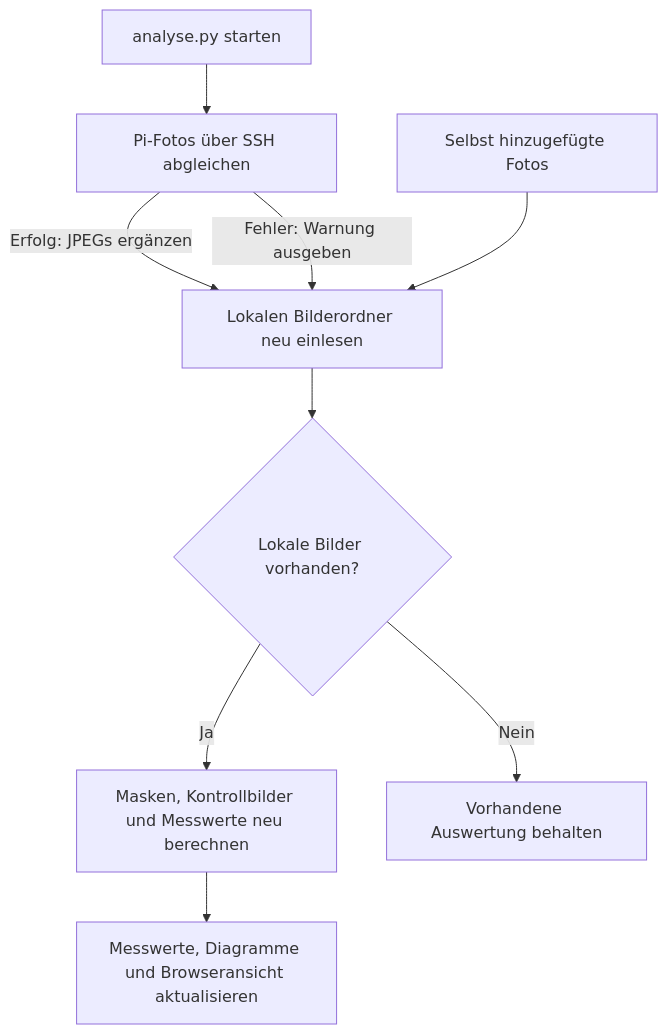
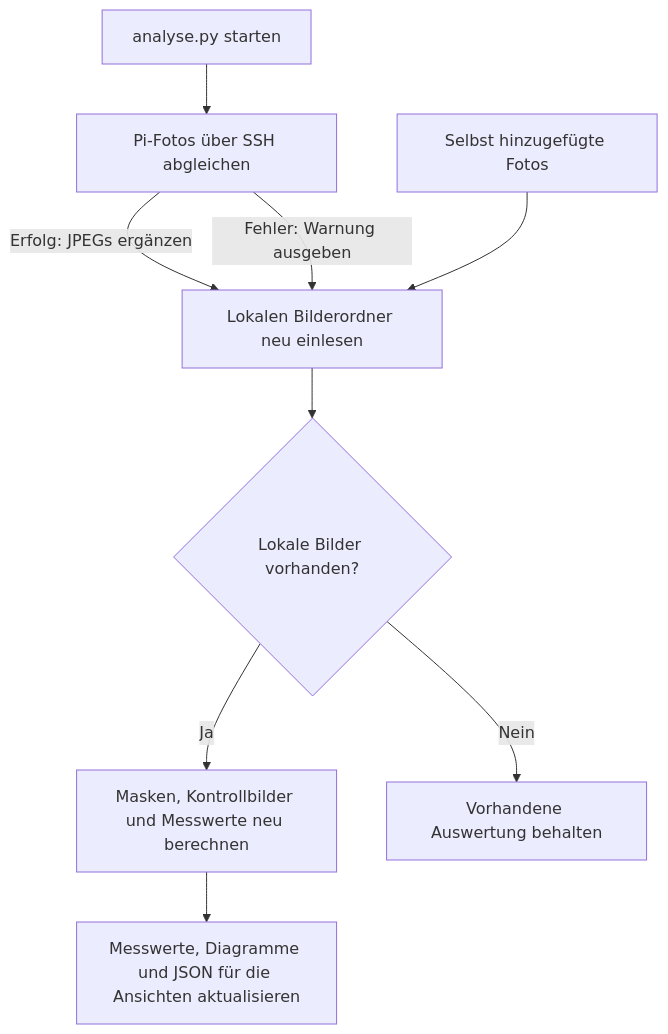
Before and after one commit to atidaashta/BioBox: the diagram in README.md, drawn with Mermaid. The commit also changed other lines of this file and 20 other files, not shown here.

````diff
--- a/README.md
+++ b/README.md
@@ -48,11 +48,11 @@
 ```mermaid
 flowchart TD
     Start["analyse.py starten"] --> Abruf["Pi-Fotos über SSH abgleichen"]
     Abruf -->|Erfolg: JPEGs ergänzen| Bestand["Lokalen Bilderordner neu einlesen"]
     Abruf -->|Fehler: Warnung ausgeben| Bestand
     Lokal["Selbst hinzugefügte Fotos"] --> Bestand
     Bestand --> Auswahl{"Lokale Bilder vorhanden?"}
     Auswahl -->|Ja| Analyse["Masken, Kontrollbilder und Messwerte neu berechnen"]
     Auswahl -->|Nein| Ende["Vorhandene Auswertung behalten"]
-    Analyse --> Ausgabe["Messwerte, Diagramme und Browseransicht aktualisieren"]
+    Analyse --> Ausgabe["Messwerte, Diagramme und JSON für die Ansichten aktualisieren"]
 ```
````
